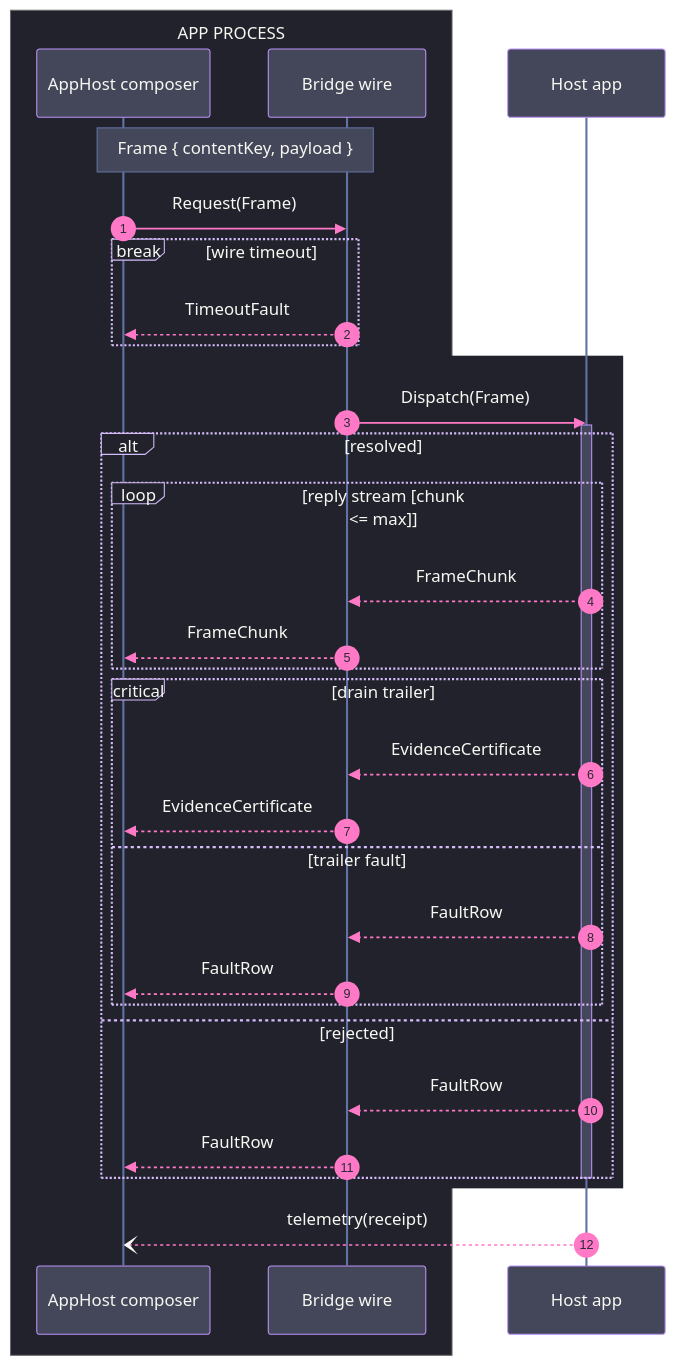
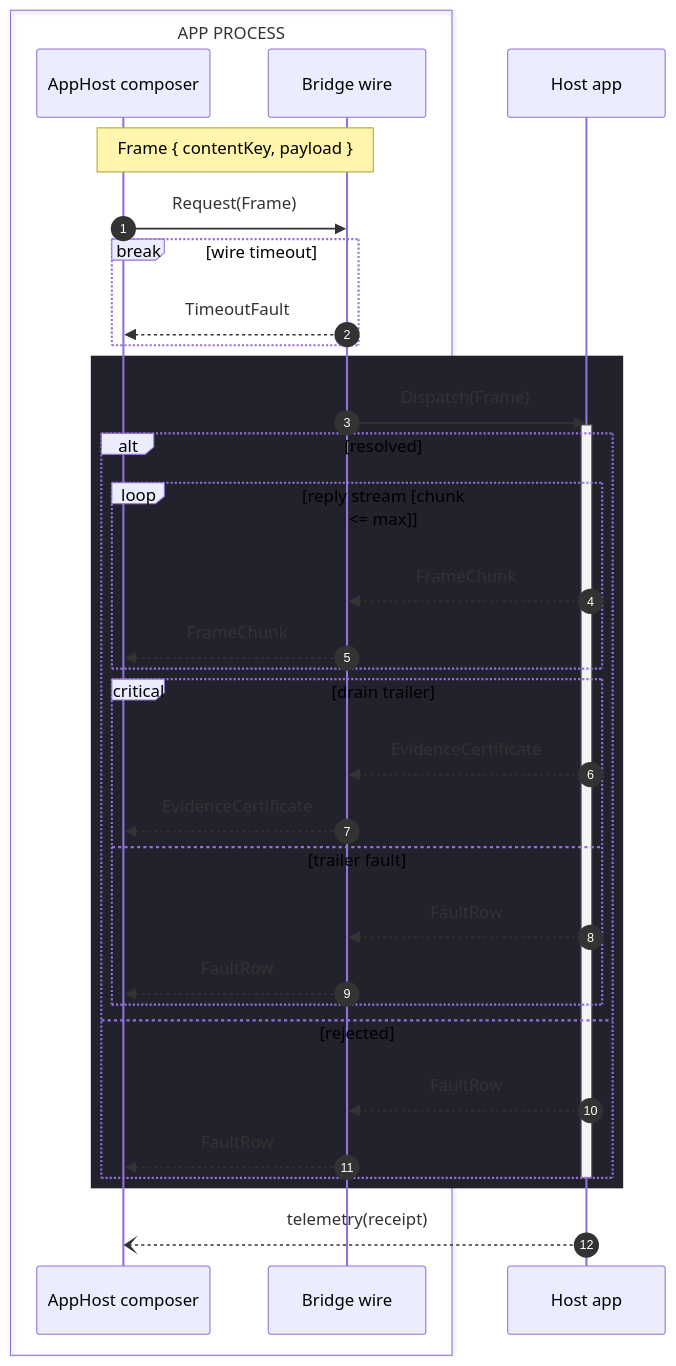
Before and after one commit to bsamiee/Rasm: the diagram in .claude/skills/mermaid-diagramming/templates/wire-sequence.mmd.md, drawn with Mermaid. The commit also changed other lines of this file and 28 other files, not shown here.

Commit message:
skills(docgen+mermaid): payload-only diagram law — docgen gate/fixer strips fence styling; mermaid bundle sheds the styling canon, theming survives as one opt-in reference

````diff
--- a/.claude/skills/mermaid-diagramming/templates/wire-sequence.mmd.md
+++ b/.claude/skills/mermaid-diagramming/templates/wire-sequence.mmd.md
@@ -5,68 +5,38 @@
 ```mermaid
----
-config:
-  theme: base
-  look: classic
-  themeVariables:
-    darkMode: true
-    fontFamily: "SF Mono, Menlo, Cascadia Mono, Segoe UI Mono, Consolas, monospace"
-    useGradient: false
-    dropShadow: "none"
-    background: "#282A36"
-    primaryColor: "#44475A"
-    primaryTextColor: "#F8F8F2"
-    noteBkgColor: "#44475A"
-    noteTextColor: "#F8F8F2"
-    noteBorderColor: "#6272A4"
-    actorBkg: "#44475A"
-    actorBorder: "#BD93F9"
-    actorTextColor: "#F8F8F2"
-    actorLineColor: "#6272A4"
-    signalColor: "#FF79C6"
-    signalTextColor: "#F8F8F2"
-    sequenceNumberColor: "#282A36"
-    activationBkgColor: "#44475A"
-    activationBorderColor: "#BD93F9"
-    loopTextColor: "#F8F8F2"
-    labelBoxBkgColor: "#21222C"
-    labelBoxBorderColor: "#D6BCFA"
-    labelTextColor: "#F8F8F2"
-  themeCSS: "text.actor tspan{font-size:13px;font-weight:600}.messageText{font-size:12px;font-weight:500}.noteText{font-size:12px}.loopText,.labelText{font-size:12px;font-weight:500}.messageLine0{stroke-width:2px}.messageLine1{stroke-width:1.5px;stroke-dasharray:4 6}.actor{stroke-width:1.5px}rect.actor{filter:none!important}[id$='-filled-head'] path{fill:#FF79C6;stroke:#FF79C6}"
----
 sequenceDiagram
     accTitle: Bridge wire exchange
     accDescr: The app host dispatching a certified frame through the bridge wire to the host app, with a timeout break, a bounded reply-stream loop, a mandatory trailer drain with its fault option, a rejected alternative, an async telemetry send, and the frame shape noted over the wire.
     autonumber
-    box rgb(33, 34, 44) APP PROCESS
+    box transparent APP PROCESS
         participant C as AppHost composer
         participant W as Bridge wire
     end
     participant R as Host app
     Note over C,W: Frame { contentKey, payload }
     C->>W: Request(Frame)
     break wire timeout
         W-->>C: TimeoutFault
     end
     rect rgb(33, 34, 44)
         W->>R: Dispatch(Frame)
         activate R
         alt resolved
             loop reply stream [chunk <= max]
                 R-->>W: FrameChunk
                 W-->>C: FrameChunk
             end
             critical drain trailer
                 R-->>W: EvidenceCertificate
                 W-->>C: EvidenceCertificate
             option trailer fault
                 R-->>W: FaultRow
                 W-->>C: FaultRow
             end
         else rejected
             R-->>W: FaultRow
             W-->>C: FaultRow
         end
         deactivate R
     end
     R--)C: telemetry(receipt)
 ```
````
